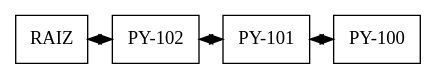
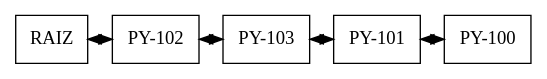
Before and after one commit to DDanielABF/EDD_2S2023_PY1_202004783: the diagram in EDD_PY1_FASE1/ColaP.dot, drawn with Graphviz. The commit also changed 28 other files, not shown here.

```diff
--- a/EDD_PY1_FASE1/ColaP.dot
+++ b/EDD_PY1_FASE1/ColaP.dot
@@ -1,13 +1,15 @@
 digraph ColaPCapa{ 
  node[shape=box] 
  rankdir=UD;
 {rank=same; 
-nodo0x791c50[label="RAIZ" ,group=0]; 
-nodo0x791eb0[label="PY-102" ,group=1]; 
-nodo0x7966f0[label="PY-101" ,group=2]; 
-nodo0x796740[label="PY-100" ,group=3]; 
+nodo0xde1c50[label="RAIZ" ,group=0]; 
+nodo0xde67c0[label="PY-102" ,group=1]; 
+nodo0xde6810[label="PY-103" ,group=2]; 
+nodo0xde6860[label="PY-101" ,group=3]; 
+nodo0xde68b0[label="PY-100" ,group=4]; 
 } 
-nodo0x791c50 -> nodo0x791eb0 [dir=both];
-nodo0x791eb0 -> nodo0x7966f0 [dir=both];
-nodo0x7966f0 -> nodo0x796740 [dir=both];
+nodo0xde1c50 -> nodo0xde67c0 [dir=both];
+nodo0xde67c0 -> nodo0xde6810 [dir=both];
+nodo0xde6810 -> nodo0xde6860 [dir=both];
+nodo0xde6860 -> nodo0xde68b0 [dir=both];
 } 
```
